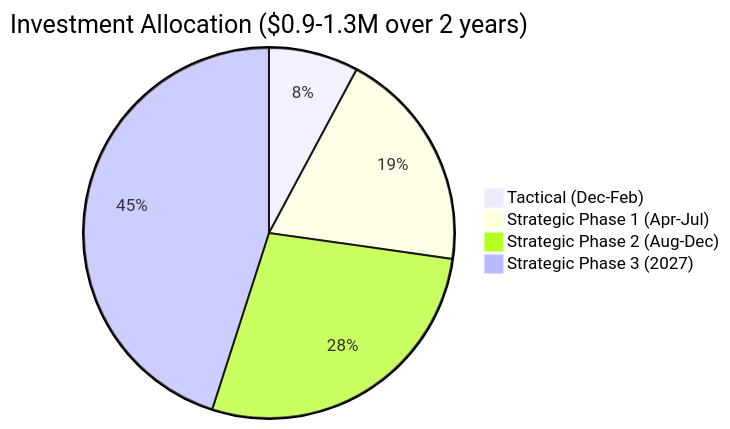
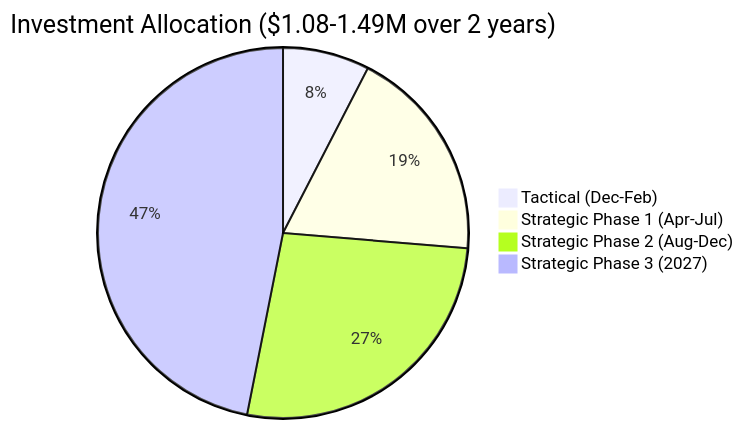
Before and after one commit to asq-sheriff/SHOWCASE_REPO-Therapeutic_AI_Companion: diagram 11 of 11 in docs/TECHNICAL_ROADMAP.md, drawn with Mermaid. The commit also changed other lines of this file and 57 other files, not shown here.

First line of the commit message:
docs: Sync showcase repo with updated external architecture documentation

````diff
--- a/docs/TECHNICAL_ROADMAP.md
+++ b/docs/TECHNICAL_ROADMAP.md
@@ -578,7 +669,7 @@
 ```mermaid
-pie title Investment Allocation ($0.9-1.3M over 2 years)
+pie title Investment Allocation ($1.08-1.49M over 2 years)
     "Tactical (Dec-Feb)" : 113
     "Strategic Phase 1 (Apr-Jul)" : 280
     "Strategic Phase 2 (Aug-Dec)" : 400
-    "Strategic Phase 3 (2027)" : 650
+    "Strategic Phase 3 (2027)" : 700
 ```
````
